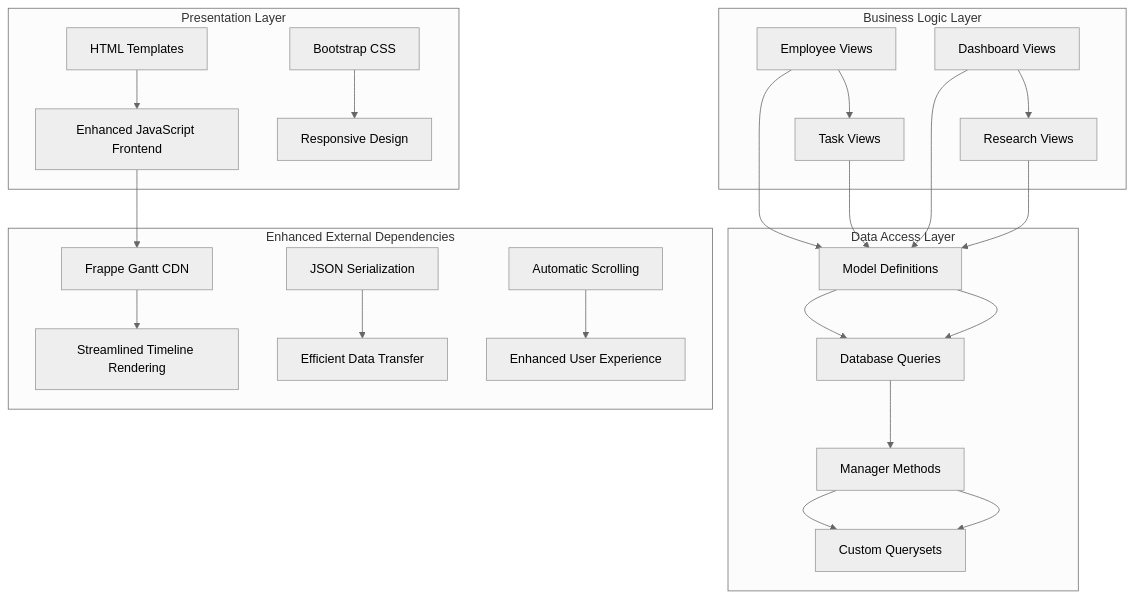
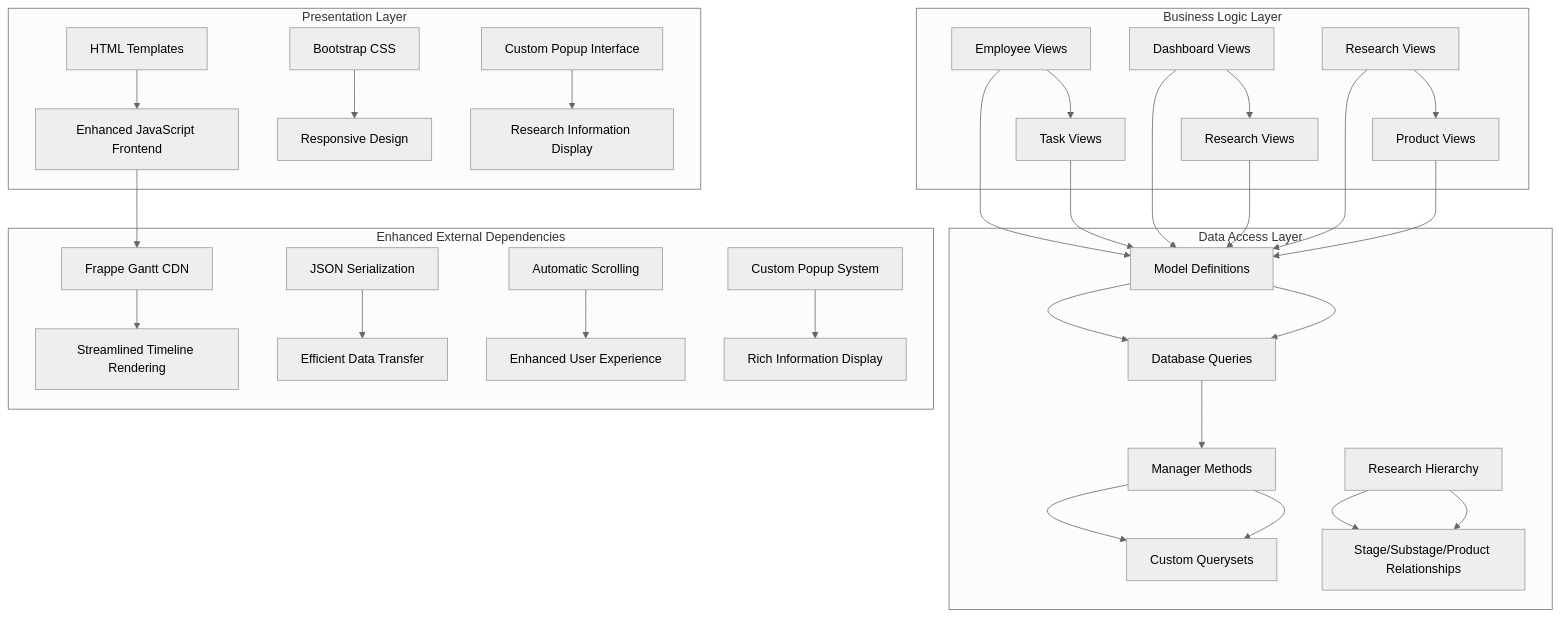
The fourth of 10 diagrams in .qoder/repowiki/en/content/User Interface and Templates/Gantt Chart Visualization System.md (Pavel9474/task_manager), drawn with Mermaid (neutral theme) before and after one commit. The commit also changed other lines of this file and 7 other files, not shown here.

Commit message:
ALL gantt work code simplifid

````diff
--- a/.qoder/repowiki/en/content/User Interface and Templates/Gantt Chart Visualization System.md
+++ b/.qoder/repowiki/en/content/User Interface and Templates/Gantt Chart Visualization System.md
@@ -214,28 +229,35 @@
 ```mermaid
 graph TB
 subgraph "Presentation Layer"
 A[HTML Templates] --> B[Enhanced JavaScript Frontend]
 C[Bootstrap CSS] --> D[Responsive Design]
+E[Custom Popup Interface] --> F[Research Information Display]
 end
 subgraph "Business Logic Layer"
-E[Employee Views] --> F[Task Views]
-G[Dashboard Views] --> H[Research Views]
+G[Employee Views] --> H[Task Views]
+I[Dashboard Views] --> J[Research Views]
+K[Research Views] --> L[Product Views]
 end
 subgraph "Data Access Layer"
-I[Model Definitions] --> J[Database Queries]
-K[Manager Methods] --> L[Custom Querysets]
+M[Model Definitions] --> N[Database Queries]
+O[Manager Methods] --> P[Custom Querysets]
+Q[Research Hierarchy] --> R[Stage/Substage/Product Relationships]
 end
 subgraph "Enhanced External Dependencies"
-M[Frappe Gantt CDN] --> N[Streamlined Timeline Rendering]
-O[JSON Serialization] --> P[Efficient Data Transfer]
-Q[Automatic Scrolling] --> R[Enhanced User Experience]
+S[Frappe Gantt CDN] --> T[Streamlined Timeline Rendering]
+U[JSON Serialization] --> V[Efficient Data Transfer]
+W[Automatic Scrolling] --> X[Enhanced User Experience]
+Y[Custom Popup System] --> Z[Rich Information Display]
 end
-B --> M
-E --> I
-F --> I
-G --> I
-H --> I
-I --> J
-J --> K
-K --> L
+B --> S
+G --> M
+H --> M
+I --> M
+J --> M
+K --> M
+L --> M
+M --> N
+N --> O
+O --> P
+Q --> R
 ```
````
